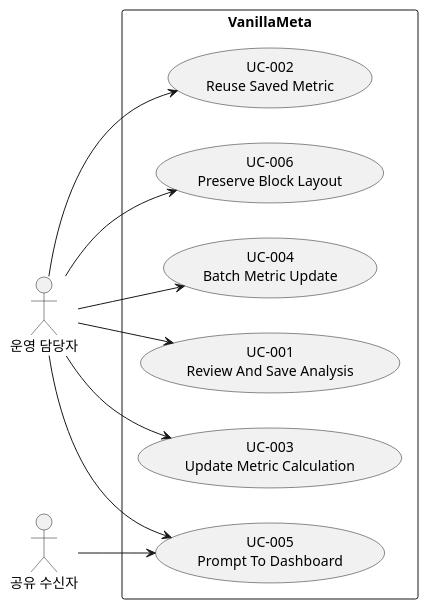
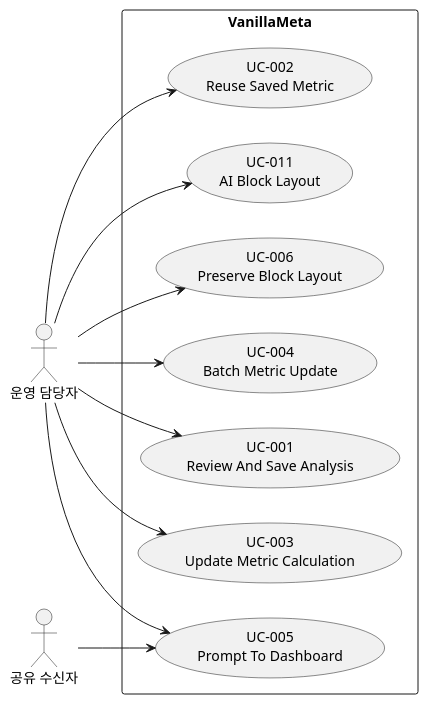
One commit to vanillabrain/vanillameta changed the diagram in docs/use_cases.puml. Above: the diagram before and after it, drawn with PlantUML. The commit also changed 13 other files, not shown here.

Commit message:
feat: edit selected dashboard block layout with AI prompts

```diff
--- a/docs/use_cases.puml
+++ b/docs/use_cases.puml
@@ -1,20 +1,22 @@
 @startuml
 left to right direction
 actor "운영 담당자" as operator
 rectangle "VanillaMeta" {
+ usecase "UC-011\nAI Block Layout" as UC011
  usecase "UC-006\nPreserve Block Layout" as UC006
  usecase "UC-005\nPrompt To Dashboard" as UC005
  usecase "UC-004\nBatch Metric Update" as UC004
  usecase "UC-001\nReview And Save Analysis" as UC001
  usecase "UC-003\nUpdate Metric Calculation" as UC003
  usecase "UC-002\nReuse Saved Metric" as UC002
 }
+operator --> UC011
 operator --> UC006
 operator --> UC005
 actor "공유 수신자" as recipient
 recipient --> UC005
 operator --> UC004
 operator --> UC003
 operator --> UC002
 operator --> UC001
 @enduml
```
